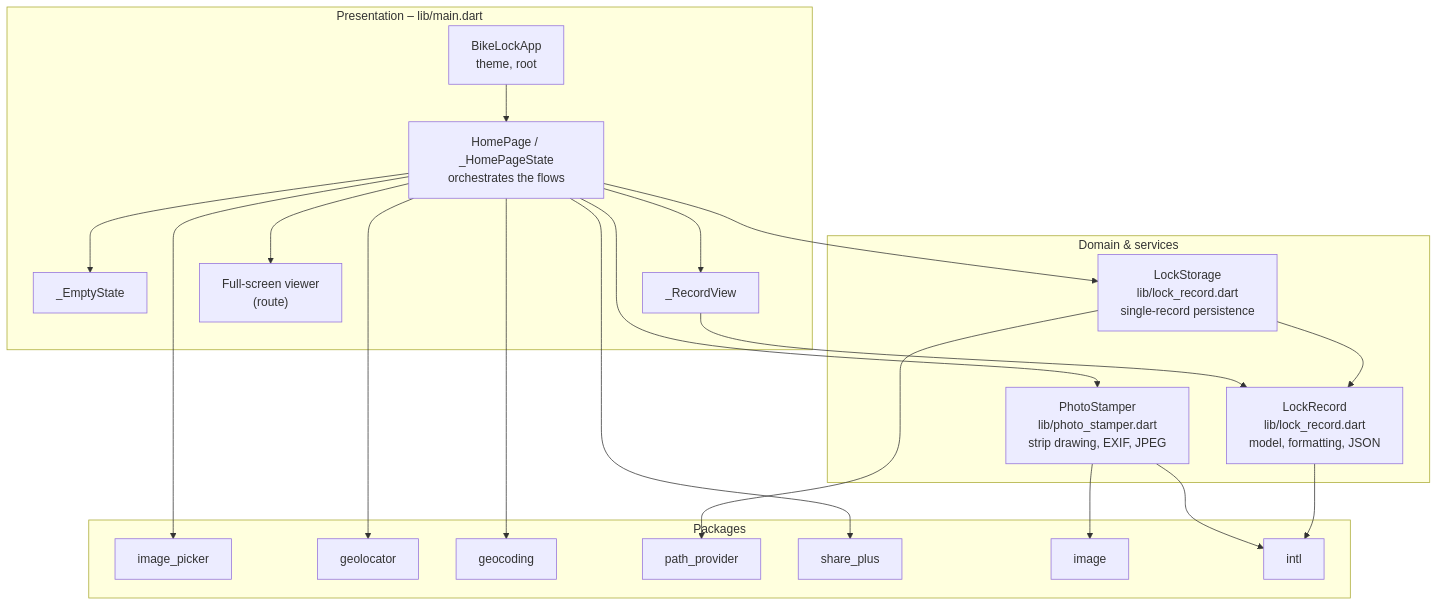
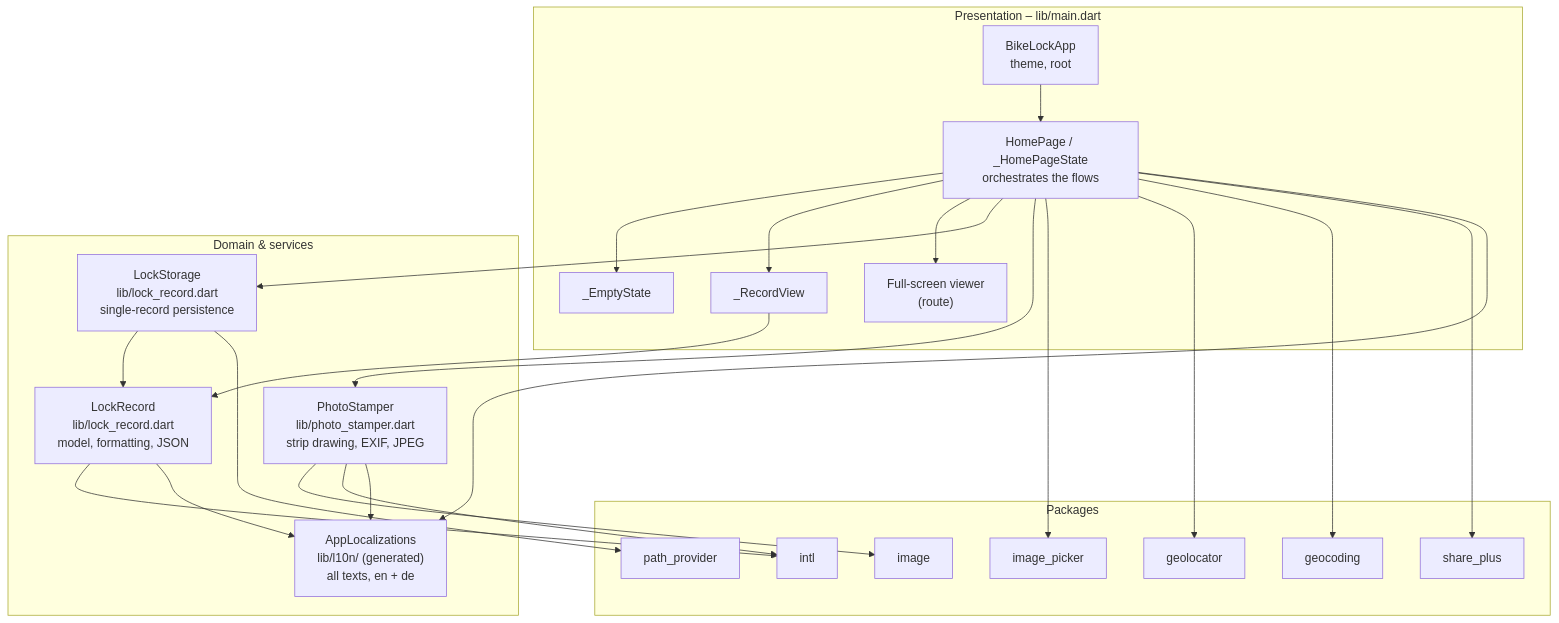
One commit to Nomovil/bike_lock_doc changed the third of 6 diagrams in docs/spec/07-system-architecture.md. Above: the diagram before and after it, drawn with Mermaid. The commit also changed other lines of this file and 25 other files, not shown here.

````diff
--- a/docs/spec/07-system-architecture.md
+++ b/docs/spec/07-system-architecture.md
@@ -53,43 +53,47 @@
 ```mermaid
 flowchart TB
     subgraph Presentation["Presentation – lib/main.dart"]
         App["BikeLockApp<br/>theme, root"]
         Home["HomePage / _HomePageState<br/>orchestrates the flows"]
         Empty["_EmptyState"]
         View["_RecordView"]
         Full["Full-screen viewer<br/>(route)"]
     end
 
     subgraph Domain["Domain & services"]
         Record["LockRecord<br/>lib/lock_record.dart<br/>model, formatting, JSON"]
         Storage["LockStorage<br/>lib/lock_record.dart<br/>single-record persistence"]
         Stamper["PhotoStamper<br/>lib/photo_stamper.dart<br/>strip drawing, EXIF, JPEG"]
+        L10n["AppLocalizations<br/>lib/l10n/ (generated)<br/>all texts, en + de"]
     end
 
     subgraph Packages["Packages"]
         IP["image_picker"]
         GL["geolocator"]
         GC["geocoding"]
         PP["path_provider"]
         SP["share_plus"]
         IMG["image"]
         INTL["intl"]
     end
 
     App --> Home
     Home --> Empty
     Home --> View
     Home --> Full
     Home --> Storage
     Home --> Stamper
     Home --> IP
     Home --> GL
     Home --> GC
     Home --> SP
     View --> Record
     Storage --> Record
     Storage --> PP
     Stamper --> IMG
     Stamper --> INTL
     Record --> INTL
+    Home --> L10n
+    Record --> L10n
+    Stamper --> L10n
 ```
````
